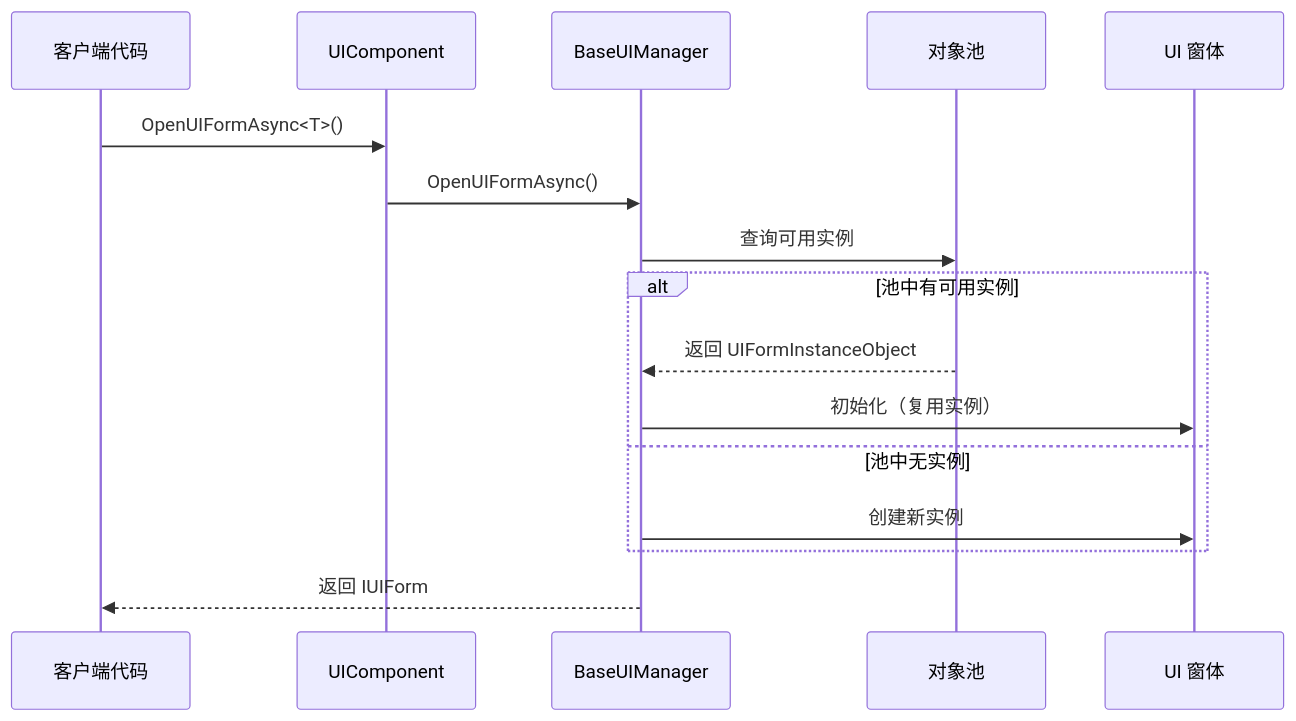
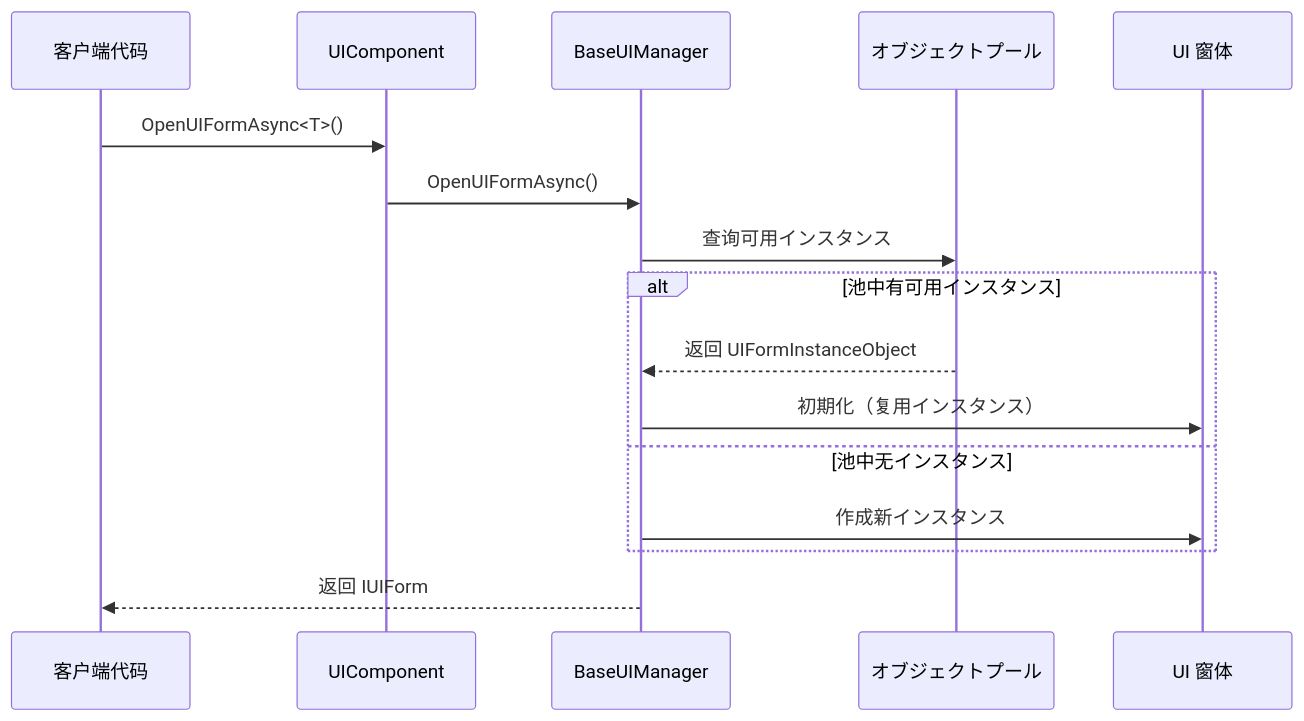
One commit to AlianBlank/GameFrameX.Docs changed the second of 4 diagrams in docs/ja/client/unity/component/ui/09.object-pool.md. Above: the diagram before and after it, drawn with Mermaid. The commit also changed other lines of this file and 603 other files, not shown here.

````diff
--- a/docs/ja/client/unity/component/ui/09.object-pool.md
+++ b/docs/ja/client/unity/component/ui/09.object-pool.md
@@ -87,21 +87,21 @@
 ```mermaid
 sequenceDiagram
     participant Client as 客户端代码
     participant UIComp as UIComponent
     participant Manager as BaseUIManager
-    participant Pool as 对象池
+    participant Pool as オブジェクトプール
     participant Form as UI 窗体
 
     Client->>UIComp: OpenUIFormAsync<T>()
     UIComp->>Manager: OpenUIFormAsync()
-    Manager->>Pool: 查询可用实例
+    Manager->>Pool: 查询可用インスタンス
     
-    alt 池中有可用实例
+    alt 池中有可用インスタンス
         Pool-->>Manager: 返回 UIFormInstanceObject
-        Manager->>Form: 初始化（复用实例）
-    else 池中无实例
-        Manager->>Form: 创建新实例
+        Manager->>Form: 初期化（复用インスタンス）
+    else 池中无インスタンス
+        Manager->>Form: 作成新インスタンス
     end
     
     Manager-->>Client: 返回 IUIForm
 ```
````
